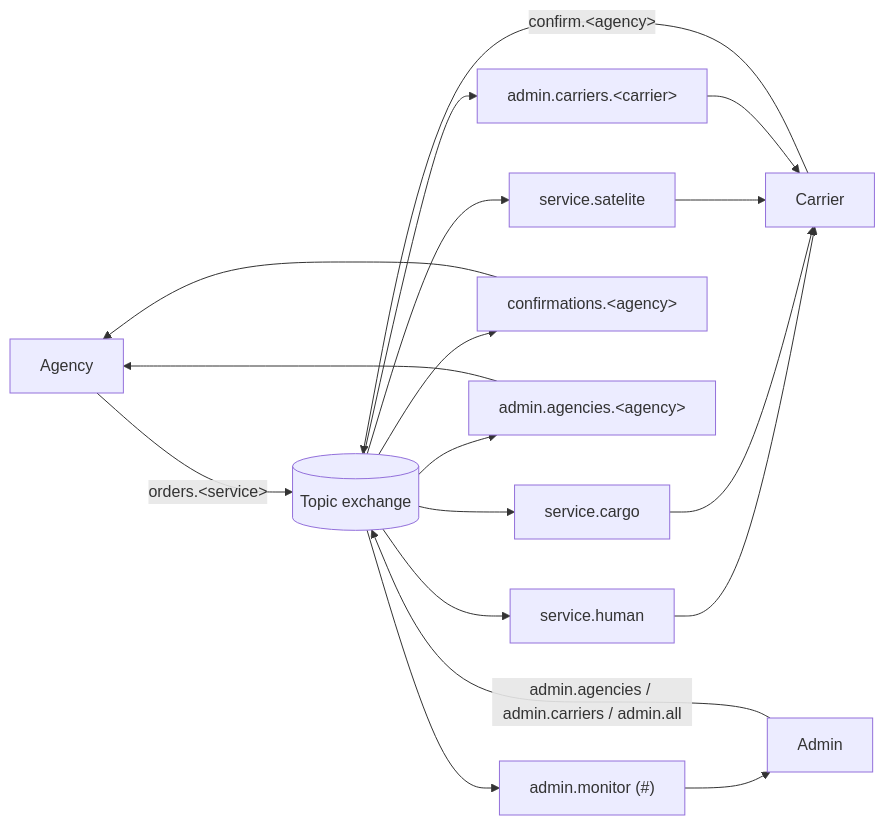
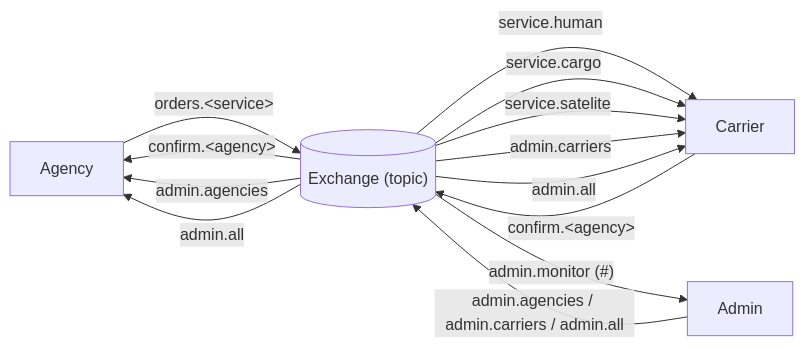
One commit to Mosder/agh changed the diagram in sem6/rozprochy/tasks/task5/schema.md. Above: the diagram before and after it, drawn with Mermaid.

Commit message:
rozprochy

````diff
--- a/sem6/rozprochy/tasks/task5/schema.md
+++ b/sem6/rozprochy/tasks/task5/schema.md
@@ -1,24 +1,18 @@
 ```mermaid
 flowchart LR
-    A[Agency] -- orders.&lt;service&gt; --> X[(Topic exchange)]
-    X --> SH[service.human]
-    X --> SC[service.cargo]
-    X --> SS[service.satelite]
-
-    SH --> C[Carrier]
-    SC --> C
-    SS --> C
+    A[Agency] -- orders.&lt;service&gt; --> X[("Exchange (topic)")]
+    X -- service.human --> C[Carrier]
+    X -- service.cargo --> C
+    X -- service.satelite --> C
 
     C -- confirm.&lt;agency&gt; --> X
-    X --> QCONF[confirmations.&lt;agency&gt;]
-    QCONF --> A
+    X -- confirm.&lt;agency&gt; --> A
 
     AD[Admin] -- admin.agencies / admin.carriers / admin.all --> X
-    X --> QA[admin.agencies.&lt;agency&gt;]
-    X --> QC[admin.carriers.&lt;carrier&gt;]
-    QA --> A
-    QC --> C
+    X -- admin.agencies --> A
+    X -- admin.carriers --> C
+    X -- admin.all --> A
+    X -- admin.all --> C
 
-    X --> MON["admin.monitor (#)"]
-    MON --> AD
+    X -- "admin.monitor (#)" --> AD
 ```
````
